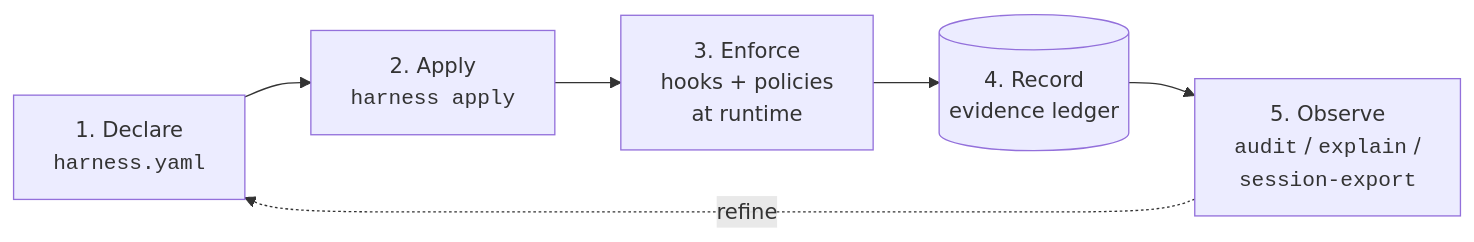
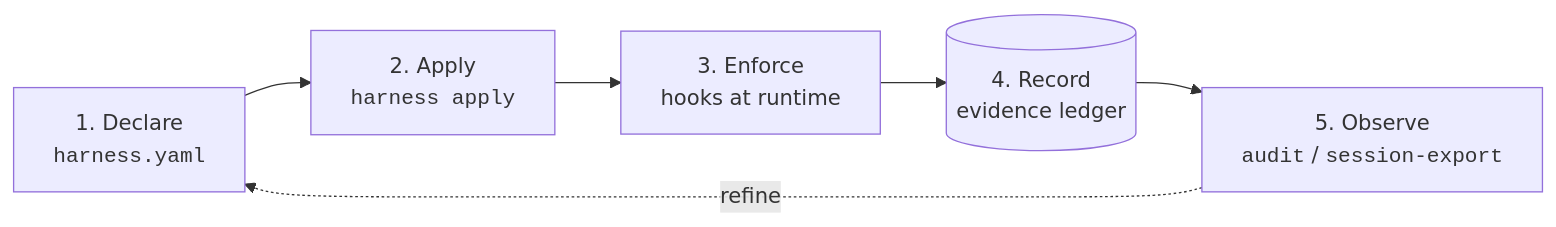
One commit to LanNguyenSi/harness changed the first of 3 diagrams in docs/ARCHITECTURE.md. Above: the diagram before and after it, drawn with Mermaid. The commit also changed other lines of this file and 22 other files, not shown here.

````diff
--- a/docs/ARCHITECTURE.md
+++ b/docs/ARCHITECTURE.md
@@ -18,14 +18,14 @@
 ```mermaid
 flowchart LR
     declare["1. Declare<br/><code>harness.yaml</code>"]
     apply["2. Apply<br/><code>harness apply</code>"]
-    enforce["3. Enforce<br/>hooks + policies<br/>at runtime"]
+    enforce["3. Enforce<br/>hooks at runtime"]
     record[("4. Record<br/>evidence ledger")]
-    observe["5. Observe<br/><code>audit</code> / <code>explain</code> /<br/><code>session-export</code>"]
+    observe["5. Observe<br/><code>audit</code> / <code>session-export</code>"]
 
     declare --> apply
     apply --> enforce
     enforce --> record
     record --> observe
     observe -. refine .-> declare
 ```
````
